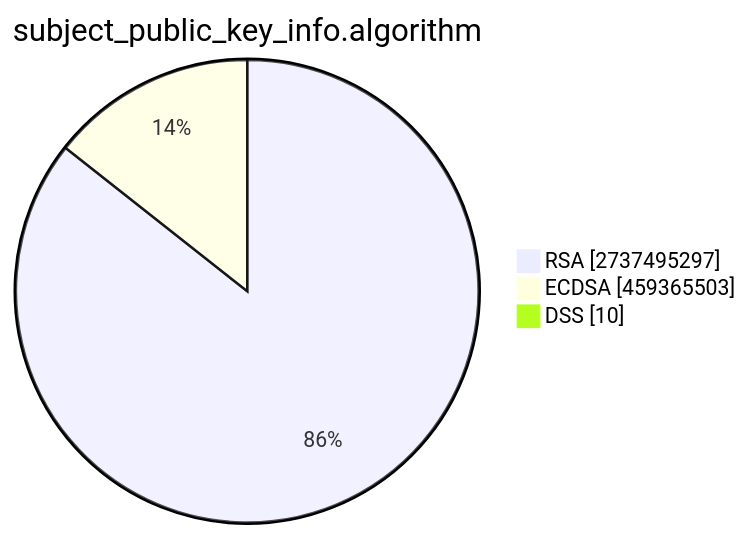
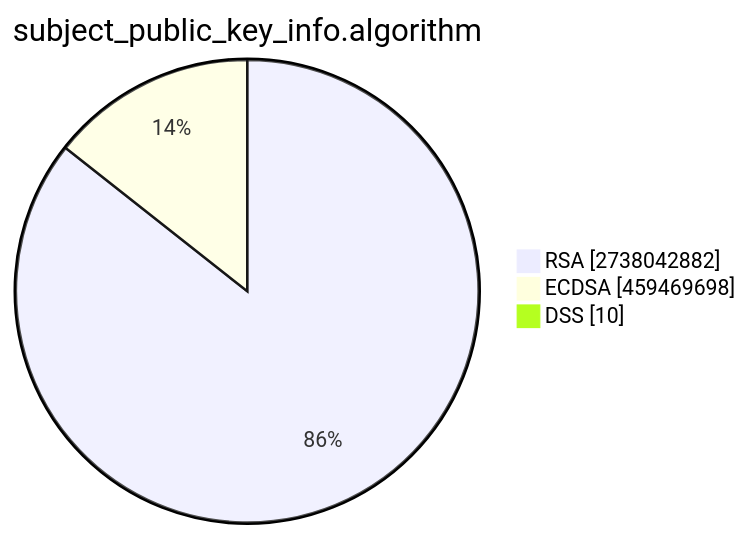
The second of 15 diagrams in TOTAL/README.md (christiankrug/ctmonitor_visualization), drawn with Mermaid before and after one commit. The commit also changed other lines of this file, not shown here.

````diff
--- a/TOTAL/README.md
+++ b/TOTAL/README.md
@@ -6,7 +6,7 @@
 ```mermaid
 pie showData
 title subject_public_key_info.algorithm
-"RSA" :2737495297
-"ECDSA" :459365503
+"RSA" :2738042882
+"ECDSA" :459469698
 "DSS" :10
 ```
````
